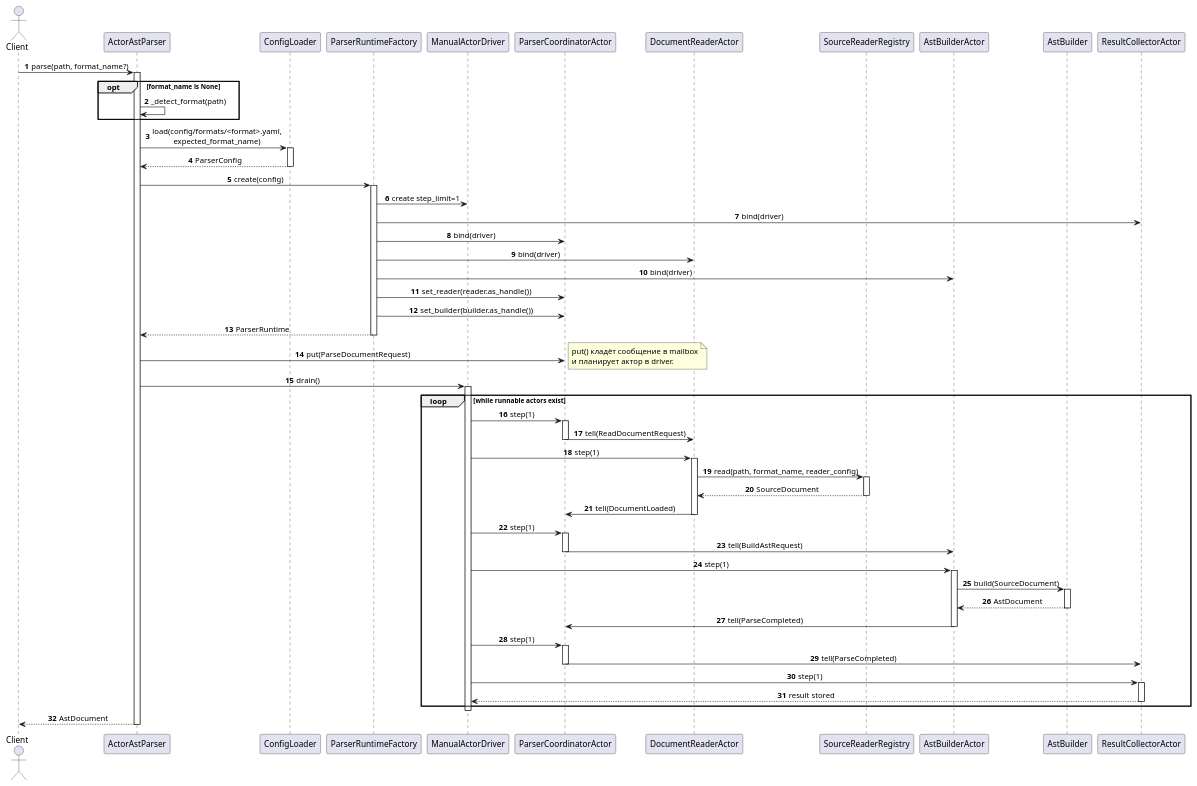
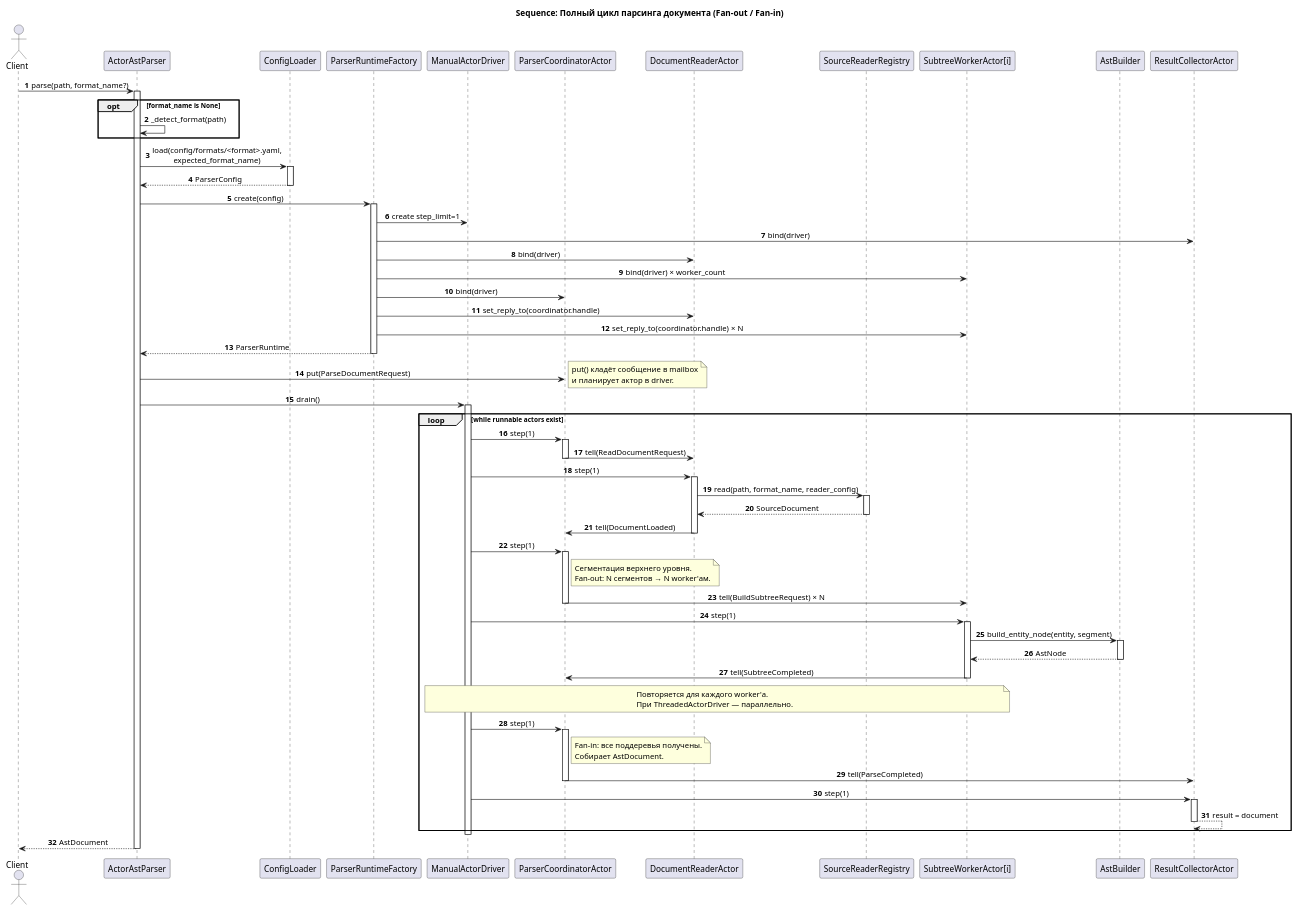
Before and after one commit to Forthey/DiGr: the diagram in docs/uml/ast_parser_sequence.puml, drawn with PlantUML. The commit also changed 9 other files, not shown here.

```diff
--- a/docs/uml/ast_parser_sequence.puml
+++ b/docs/uml/ast_parser_sequence.puml
@@ -1,97 +1,113 @@
 @startuml
 autonumber
 skinparam shadowing false
 skinparam sequenceMessageAlign center
 skinparam responseMessageBelowArrow true
 
+title Sequence: Полный цикл парсинга документа (Fan-out / Fan-in)
+
 actor Client
 participant ActorAstParser
 participant ConfigLoader
 participant ParserRuntimeFactory
-participant ManualActorDriver
-participant ParserCoordinatorActor
-participant DocumentReaderActor
+participant ManualActorDriver as Driver
+participant ParserCoordinatorActor as Coordinator
+participant DocumentReaderActor as Reader
 participant SourceReaderRegistry
-participant AstBuilderActor
+participant "SubtreeWorkerActor[i]" as Worker
 participant AstBuilder
-participant ResultCollectorActor
+participant ResultCollectorActor as Collector
 
 Client -> ActorAstParser: parse(path, format_name?)
 activate ActorAstParser
 
 opt format_name is None
   ActorAstParser -> ActorAstParser: _detect_format(path)
 end
 
 ActorAstParser -> ConfigLoader: load(config/formats/<format>.yaml,\nexpected_format_name)
 activate ConfigLoader
 ConfigLoader --> ActorAstParser: ParserConfig
 deactivate ConfigLoader
 
 ActorAstParser -> ParserRuntimeFactory: create(config)
 activate ParserRuntimeFactory
-ParserRuntimeFactory -> ManualActorDriver: create step_limit=1
-ParserRuntimeFactory -> ResultCollectorActor: bind(driver)
-ParserRuntimeFactory -> ParserCoordinatorActor: bind(driver)
-ParserRuntimeFactory -> DocumentReaderActor: bind(driver)
-ParserRuntimeFactory -> AstBuilderActor: bind(driver)
-ParserRuntimeFactory -> ParserCoordinatorActor: set_reader(reader.as_handle())
-ParserRuntimeFactory -> ParserCoordinatorActor: set_builder(builder.as_handle())
+ParserRuntimeFactory -> Driver: create step_limit=1
+ParserRuntimeFactory -> Collector: bind(driver)
+ParserRuntimeFactory -> Reader: bind(driver)
+ParserRuntimeFactory -> Worker: bind(driver) × worker_count
+ParserRuntimeFactory -> Coordinator: bind(driver)
+ParserRuntimeFactory -> Reader: set_reply_to(coordinator.handle)
+ParserRuntimeFactory -> Worker: set_reply_to(coordinator.handle) × N
 ParserRuntimeFactory --> ActorAstParser: ParserRuntime
 deactivate ParserRuntimeFactory
 
-ActorAstParser -> ParserCoordinatorActor: put(ParseDocumentRequest)
+ActorAstParser -> Coordinator: put(ParseDocumentRequest)
 note right
   put() кладёт сообщение в mailbox
   и планирует актор в driver.
 end note
 
-ActorAstParser -> ManualActorDriver: drain()
-activate ManualActorDriver
+ActorAstParser -> Driver: drain()
+activate Driver
 
 loop while runnable actors exist
-  ManualActorDriver -> ParserCoordinatorActor: step(1)
-  activate ParserCoordinatorActor
-  ParserCoordinatorActor -> DocumentReaderActor: tell(ReadDocumentRequest)
-  deactivate ParserCoordinatorActor
 
-  ManualActorDriver -> DocumentReaderActor: step(1)
-  activate DocumentReaderActor
-  DocumentReaderActor -> SourceReaderRegistry: read(path, format_name, reader_config)
+  Driver -> Coordinator: step(1)
+  activate Coordinator
+  Coordinator -> Reader: tell(ReadDocumentRequest)
+  deactivate Coordinator
+
+  Driver -> Reader: step(1)
+  activate Reader
+  Reader -> SourceReaderRegistry: read(path, format_name, reader_config)
   activate SourceReaderRegistry
-  SourceReaderRegistry --> DocumentReaderActor: SourceDocument
+  SourceReaderRegistry --> Reader: SourceDocument
   deactivate SourceReaderRegistry
-  DocumentReaderActor -> ParserCoordinatorActor: tell(DocumentLoaded)
-  deactivate DocumentReaderActor
+  Reader -> Coordinator: tell(DocumentLoaded)
+  deactivate Reader
 
-  ManualActorDriver -> ParserCoordinatorActor: step(1)
-  activate ParserCoordinatorActor
-  ParserCoordinatorActor -> AstBuilderActor: tell(BuildAstRequest)
-  deactivate ParserCoordinatorActor
+  Driver -> Coordinator: step(1)
+  activate Coordinator
+  note right of Coordinator
+    Сегментация верхнего уровня.
+    Fan-out: N сегментов → N worker'ам.
+  end note
+  Coordinator -> Worker: tell(BuildSubtreeRequest) × N
+  deactivate Coordinator
 
-  ManualActorDriver -> AstBuilderActor: step(1)
-  activate AstBuilderActor
-  AstBuilderActor -> AstBuilder: build(SourceDocument)
+  Driver -> Worker: step(1)
+  activate Worker
+  Worker -> AstBuilder: build_entity_node(entity, segment)
   activate AstBuilder
-  AstBuilder --> AstBuilderActor: AstDocument
+  AstBuilder --> Worker: AstNode
   deactivate AstBuilder
-  AstBuilderActor -> ParserCoordinatorActor: tell(ParseCompleted)
-  deactivate AstBuilderActor
+  Worker -> Coordinator: tell(SubtreeCompleted)
+  deactivate Worker
 
-  ManualActorDriver -> ParserCoordinatorActor: step(1)
-  activate ParserCoordinatorActor
-  ParserCoordinatorActor -> ResultCollectorActor: tell(ParseCompleted)
-  deactivate ParserCoordinatorActor
+  note over Driver, Worker
+    Повторяется для каждого worker'а.
+    При ThreadedActorDriver — параллельно.
+  end note
 
-  ManualActorDriver -> ResultCollectorActor: step(1)
-  activate ResultCollectorActor
-  ResultCollectorActor --> ManualActorDriver: result stored
-  deactivate ResultCollectorActor
+  Driver -> Coordinator: step(1)
+  activate Coordinator
+  note right of Coordinator
+    Fan-in: все поддеревья получены.
+    Собирает AstDocument.
+  end note
+  Coordinator -> Collector: tell(ParseCompleted)
+  deactivate Coordinator
+
+  Driver -> Collector: step(1)
+  activate Collector
+  Collector --> Collector: result = document
+  deactivate Collector
 end
 
-deactivate ManualActorDriver
+deactivate Driver
 
 ActorAstParser --> Client: AstDocument
 deactivate ActorAstParser
 
 @enduml
```
